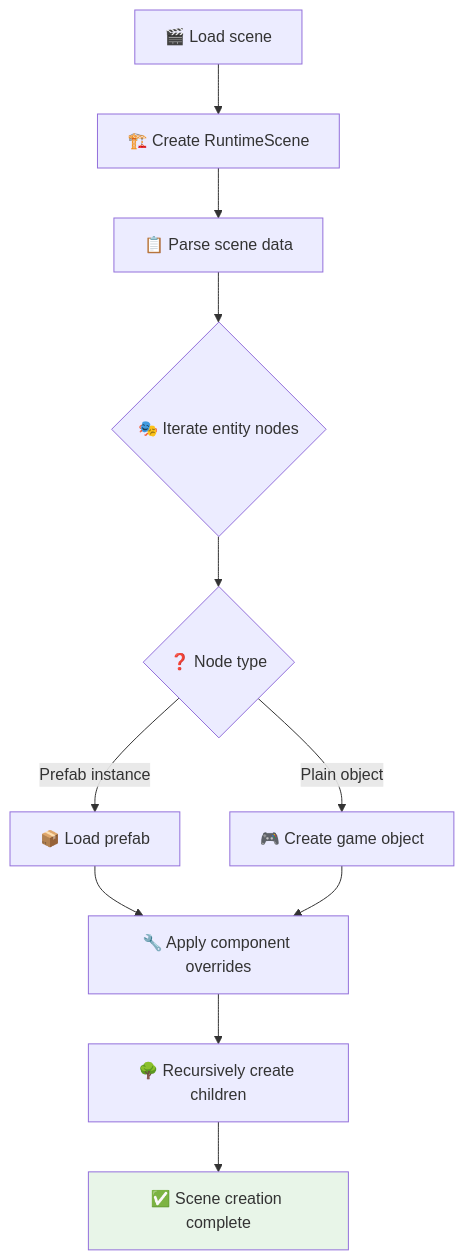
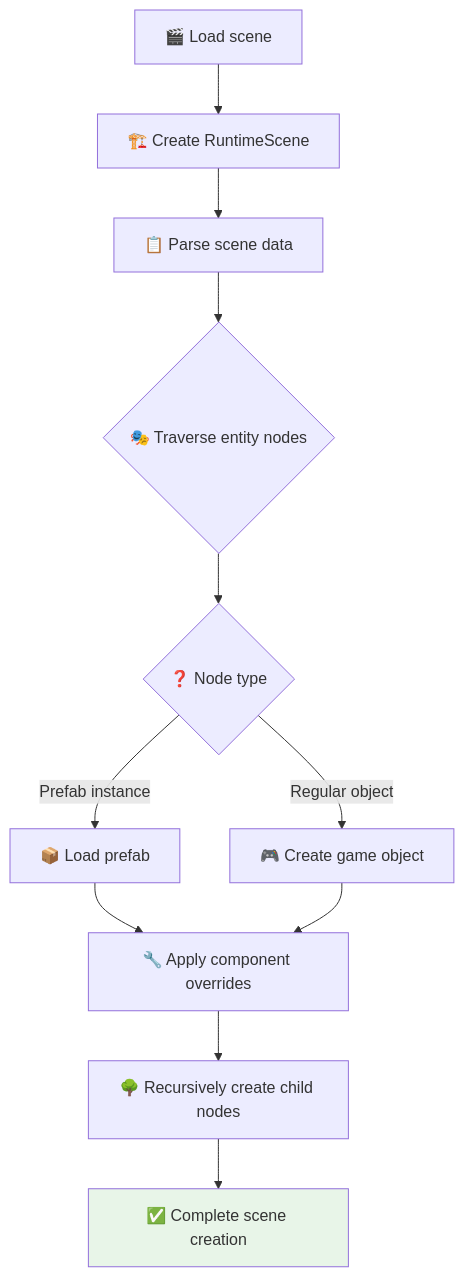
One commit to NGLSG/Luma changed the fourth of 12 diagrams in ARCHITECTURE_EN.md. Above: the diagram before and after it, drawn with Mermaid. The commit also changed other lines of this file and 61 other files, not shown here.

````diff
--- a/ARCHITECTURE_EN.md
+++ b/ARCHITECTURE_EN.md
@@ -114,15 +111,15 @@
 ```mermaid
 graph TD
     A[🎬 Load scene] --> B[🏗️ Create RuntimeScene]
-    B --> C[📋 Parse scene data]
-    C --> D{🎭 Iterate entity nodes}
-    D --> E{❓ Node type}
-    E -->|Prefab instance| F[📦 Load prefab]
-    E -->|Plain object| G[🎮 Create game object]
-    F --> H[🔧 Apply component overrides]
-    G --> H
-    H --> I[🌳 Recursively create children]
-    I --> J[✅ Scene creation complete]
+B --> C[📋 Parse scene data]
+C --> D{🎭 Traverse entity nodes}
+D --> E{❓ Node type}
+E -->|Prefab instance| F[📦 Load prefab]
+E -->|Regular object| G[🎮 Create game object]
+F --> H[🔧 Apply component overrides]
+G --> H
+H --> I[🌳 Recursively create child nodes]
+I --> J[✅ Complete scene creation]
 
-    style J fill:#e8f5e8
+style J fill:#e8f5e8
 ```
````
